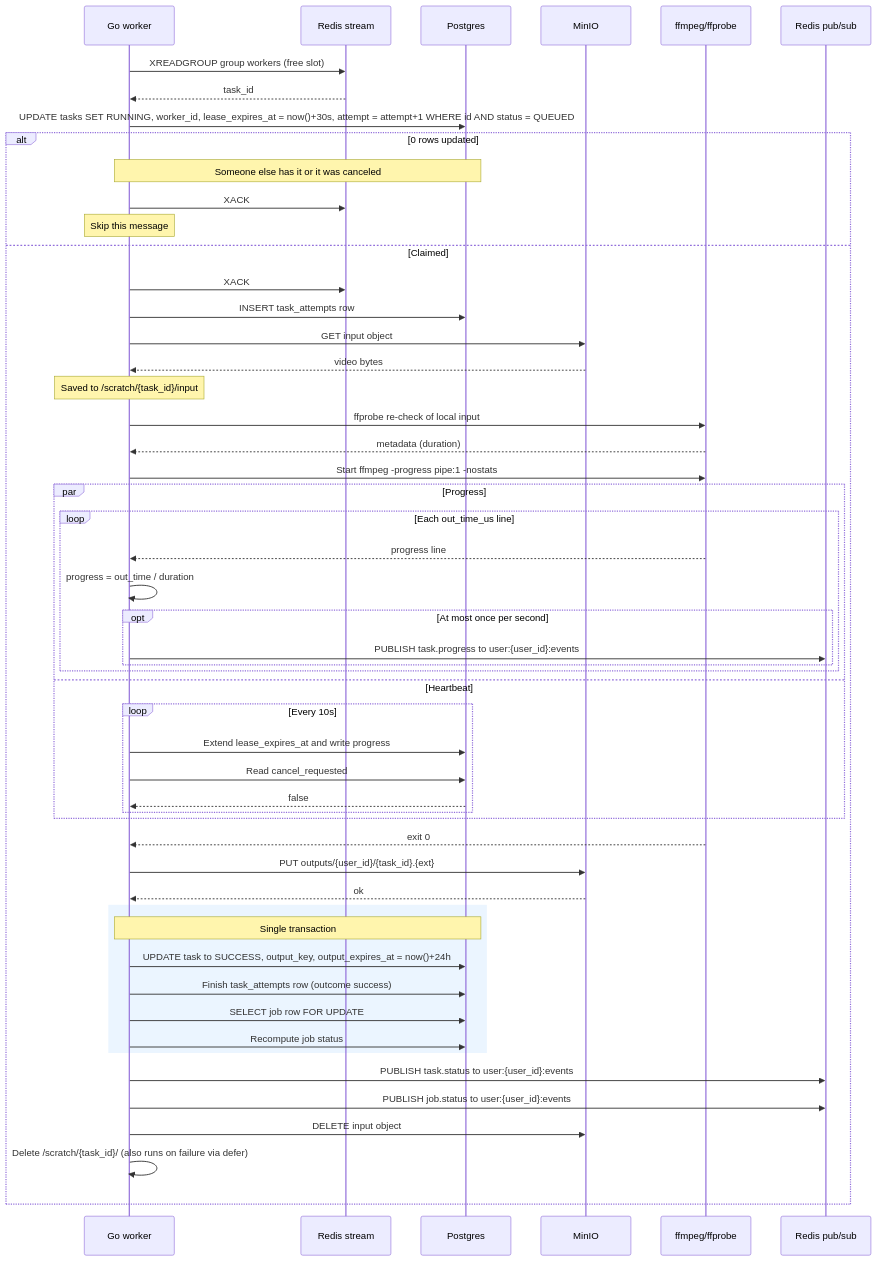
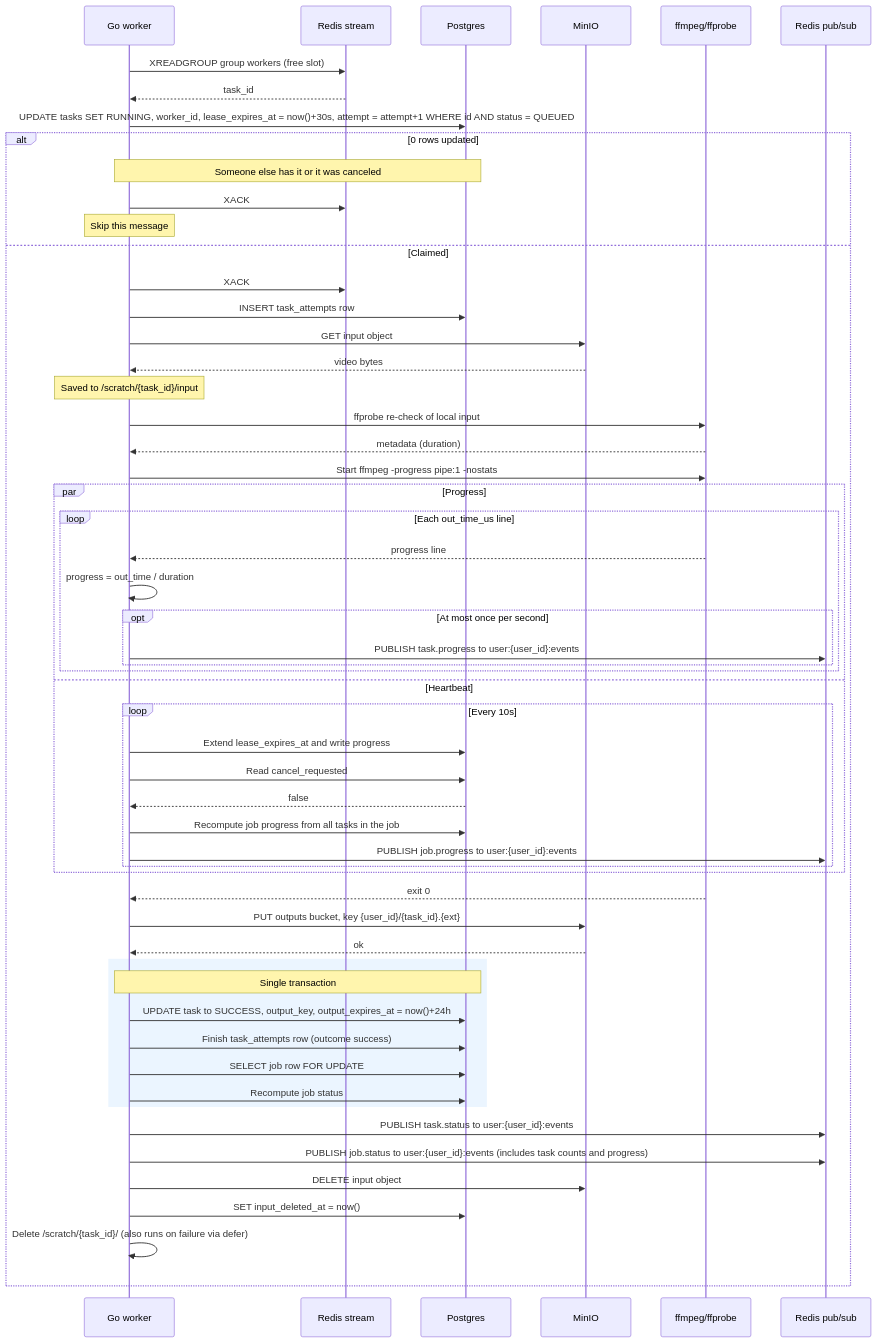
Before and after one commit to MardonBa/transcoding-job-scheduler: the diagram in docs/diagrams/sequence/04-task-processing-success.md, drawn with Mermaid. The commit also changed 31 other files, not shown here.

````diff
--- a/docs/diagrams/sequence/04-task-processing-success.md
+++ b/docs/diagrams/sequence/04-task-processing-success.md
@@ -5,56 +5,59 @@
 ```mermaid
 sequenceDiagram
     participant Worker as Go worker
     participant RStream as Redis stream
     participant PG as Postgres
     participant MinIO
     participant FFmpeg as ffmpeg/ffprobe
     participant RPubSub as Redis pub/sub
 
     Worker->>RStream: XREADGROUP group workers (free slot)
     RStream-->>Worker: task_id
     Worker->>PG: UPDATE tasks SET RUNNING, worker_id, lease_expires_at = now()+30s, attempt = attempt+1 WHERE id AND status = QUEUED
     alt 0 rows updated
         Note over Worker,PG: Someone else has it or it was canceled
         Worker->>RStream: XACK
         Note over Worker: Skip this message
     else Claimed
         Worker->>RStream: XACK
         Worker->>PG: INSERT task_attempts row
         Worker->>MinIO: GET input object
         MinIO-->>Worker: video bytes
         Note over Worker: Saved to /scratch/{task_id}/input
         Worker->>FFmpeg: ffprobe re-check of local input
         FFmpeg-->>Worker: metadata (duration)
         Worker->>FFmpeg: Start ffmpeg -progress pipe:1 -nostats
         par Progress
             loop Each out_time_us line
                 FFmpeg-->>Worker: progress line
                 Worker->>Worker: progress = out_time / duration
                 opt At most once per second
                     Worker->>RPubSub: PUBLISH task.progress to user:{user_id}:events
                 end
             end
         and Heartbeat
             loop Every 10s
                 Worker->>PG: Extend lease_expires_at and write progress
                 Worker->>PG: Read cancel_requested
                 PG-->>Worker: false
+                Worker->>PG: Recompute job progress from all tasks in the job
+                Worker->>RPubSub: PUBLISH job.progress to user:{user_id}:events
             end
         end
         FFmpeg-->>Worker: exit 0
-        Worker->>MinIO: PUT outputs/{user_id}/{task_id}.{ext}
+        Worker->>MinIO: PUT outputs bucket, key {user_id}/{task_id}.{ext}
         MinIO-->>Worker: ok
         rect rgb(235, 245, 255)
             Note over Worker,PG: Single transaction
             Worker->>PG: UPDATE task to SUCCESS, output_key, output_expires_at = now()+24h
             Worker->>PG: Finish task_attempts row (outcome success)
             Worker->>PG: SELECT job row FOR UPDATE
             Worker->>PG: Recompute job status
         end
         Worker->>RPubSub: PUBLISH task.status to user:{user_id}:events
-        Worker->>RPubSub: PUBLISH job.status to user:{user_id}:events
+        Worker->>RPubSub: PUBLISH job.status to user:{user_id}:events (includes task counts and progress)
         Worker->>MinIO: DELETE input object
+        Worker->>PG: SET input_deleted_at = now()
         Worker->>Worker: Delete /scratch/{task_id}/ (also runs on failure via defer)
     end
 ```
````
